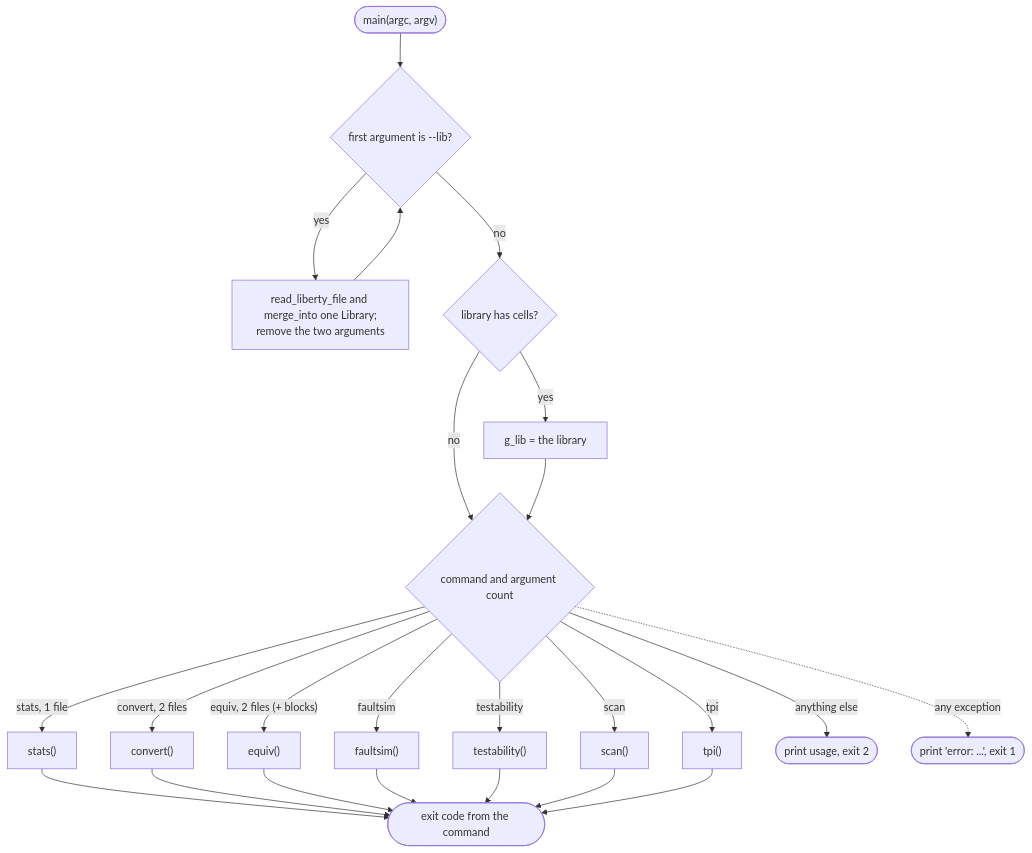
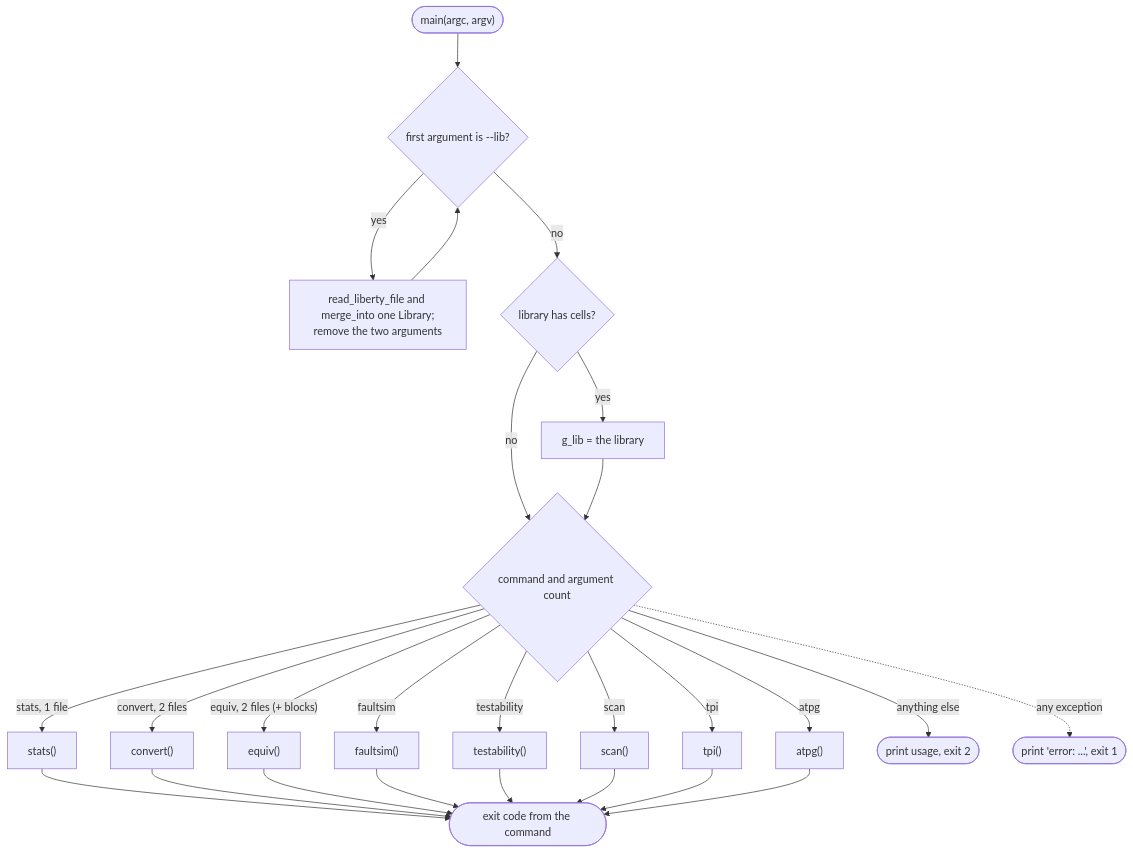
One commit to rithlean/rithereal changed the first of 6 diagrams in docs/modules/cli.md. Above: the diagram before and after it, drawn with Mermaid. The commit also changed other lines of this file and 4 other files, not shown here.

First line of the commit message:
docs: ATPG module page, and ATPG in the architecture, CLI and test pages

````diff
--- a/docs/modules/cli.md
+++ b/docs/modules/cli.md
@@ -25,19 +26,20 @@
 ```mermaid
 flowchart TD
   A(["main(argc, argv)"]) --> B{"first argument is --lib?"}
   B -->|yes| C["read_liberty_file and merge_into one Library;<br/>remove the two arguments"] --> B
   B -->|no| D{"library has cells?"}
   D -->|yes| D1["g_lib = the library"]
   D -->|no| E
   D1 --> E{"command and argument count"}
   E -->|"stats, 1 file"| S["stats()"]
   E -->|"convert, 2 files"| CV["convert()"]
   E -->|"equiv, 2 files (+ blocks)"| EQ["equiv()"]
   E -->|faultsim| FS["faultsim()"]
   E -->|testability| TE["testability()"]
   E -->|scan| SC["scan()"]
   E -->|tpi| TP["tpi()"]
+  E -->|atpg| AT["atpg()"]
   E -->|anything else| U(["print usage, exit 2"])
-  S & CV & EQ & FS & TE & SC & TP --> R(["exit code from the command"])
+  S & CV & EQ & FS & TE & SC & TP & AT --> R(["exit code from the command"])
   E -.->|"any exception"| X(["print 'error: ...', exit 1"])
 ```
````
